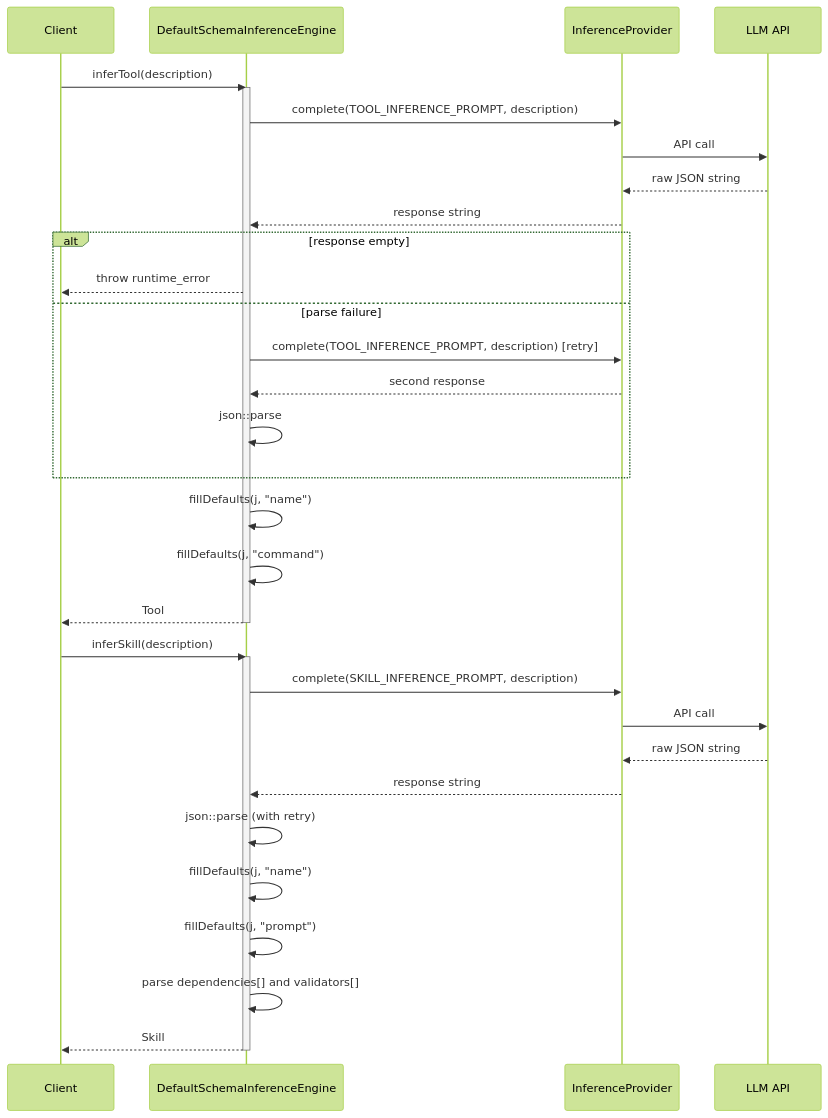
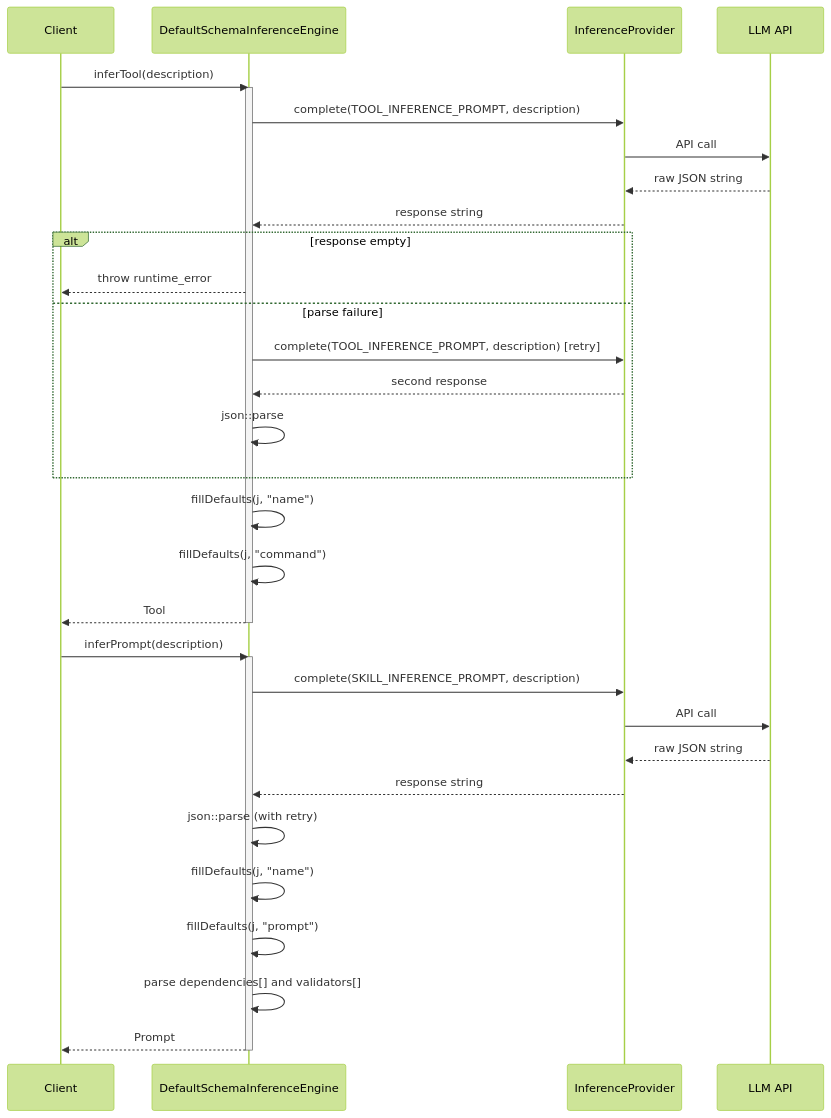
The second of 2 diagrams in src/schema_inference_engine.spec.md (opensassi/a0), drawn with Mermaid (forest theme) before and after one commit. The commit also changed other lines of this file and 28 other files, not shown here.

````diff
--- a/src/schema_inference_engine.spec.md
+++ b/src/schema_inference_engine.spec.md
@@ -58,38 +58,38 @@
 ```mermaid
 sequenceDiagram
     participant Client
     participant DSIE as DefaultSchemaInferenceEngine
     participant IP as InferenceProvider
     participant LLM as LLM API
 
     Client->>DSIE: inferTool(description)
     activate DSIE
     DSIE->>IP: complete(TOOL_INFERENCE_PROMPT, description)
     IP->>LLM: API call
     LLM-->>IP: raw JSON string
     IP-->>DSIE: response string
     alt response empty
         DSIE-->>Client: throw runtime_error
     else parse failure
         DSIE->>IP: complete(TOOL_INFERENCE_PROMPT, description) [retry]
         IP-->>DSIE: second response
         DSIE->>DSIE: json::parse
     end
     DSIE->>DSIE: fillDefaults(j, "name")
     DSIE->>DSIE: fillDefaults(j, "command")
     DSIE-->>Client: Tool
     deactivate DSIE
 
-    Client->>DSIE: inferSkill(description)
+    Client->>DSIE: inferPrompt(description)
     activate DSIE
     DSIE->>IP: complete(SKILL_INFERENCE_PROMPT, description)
     IP->>LLM: API call
     LLM-->>IP: raw JSON string
     IP-->>DSIE: response string
     DSIE->>DSIE: json::parse (with retry)
     DSIE->>DSIE: fillDefaults(j, "name")
     DSIE->>DSIE: fillDefaults(j, "prompt")
     DSIE->>DSIE: parse dependencies[] and validators[]
-    DSIE-->>Client: Skill
+    DSIE-->>Client: Prompt
     deactivate DSIE
 ```
````
